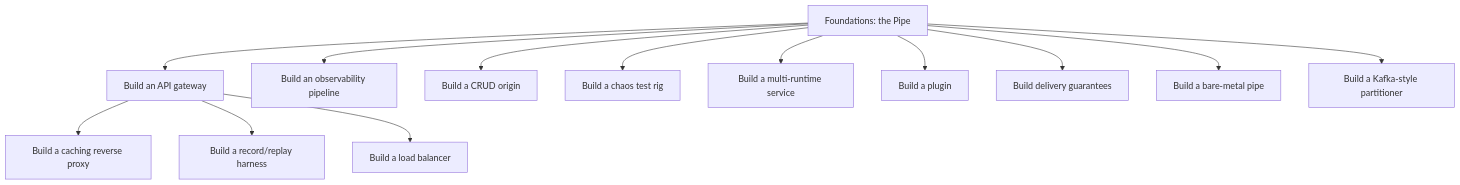
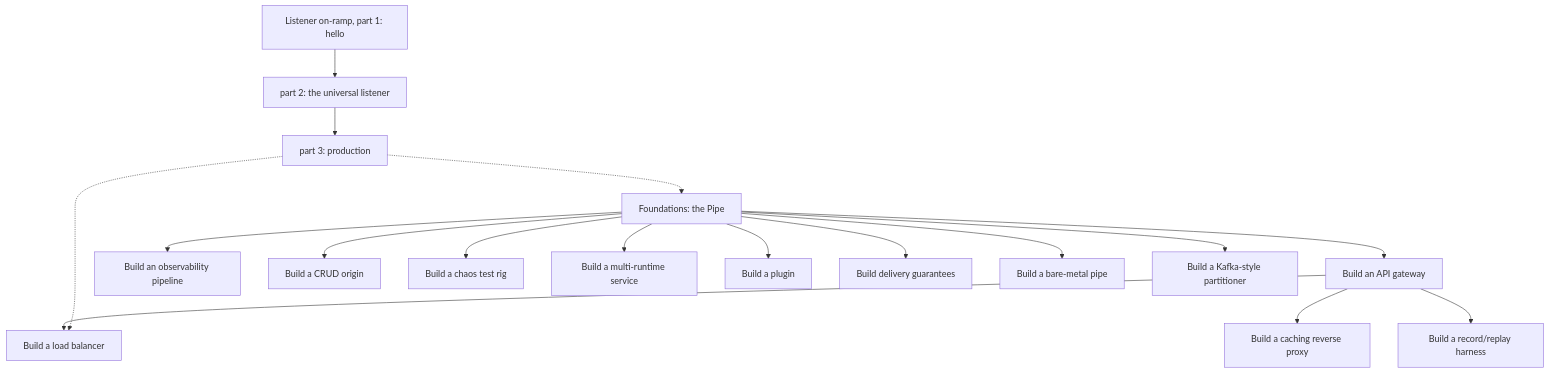
The diagram in docs/tutorials/README.md (brianbruggeman/proxima), drawn with Mermaid before and after one commit. The commit also changed other lines of this file and 10 other files, not shown here.

First line of the commit message:
docs: listener on-ramp curriculum with runnable examples

````diff
--- a/docs/tutorials/README.md
+++ b/docs/tutorials/README.md
@@ -51,16 +59,20 @@
 ```mermaid
 graph TD
   BASE["Foundations: the Pipe"]
   BASE --> GW["Build an API gateway"]
   BASE --> OBS["Build an observability pipeline"]
   BASE --> CRUD["Build a CRUD origin"]
   BASE --> CHAOS["Build a chaos test rig"]
   BASE --> MRT["Build a multi-runtime service"]
   BASE --> PLUG["Build a plugin"]
   BASE --> DEL["Build delivery guarantees"]
   BASE --> NOSTD["Build a bare-metal pipe"]
   BASE --> KAFKA["Build a Kafka-style partitioner"]
   GW --> CACHE["Build a caching reverse proxy"]
   GW --> REC["Build a record/replay harness"]
   GW --> LB["Build a load balancer"]
+  ONRAMP1["Listener on-ramp, part 1: hello"] --> ONRAMP2["part 2: the universal listener"]
+  ONRAMP2 --> ONRAMP3["part 3: production"]
+  ONRAMP3 -.-> LB
+  ONRAMP3 -.-> BASE
 ```
````
